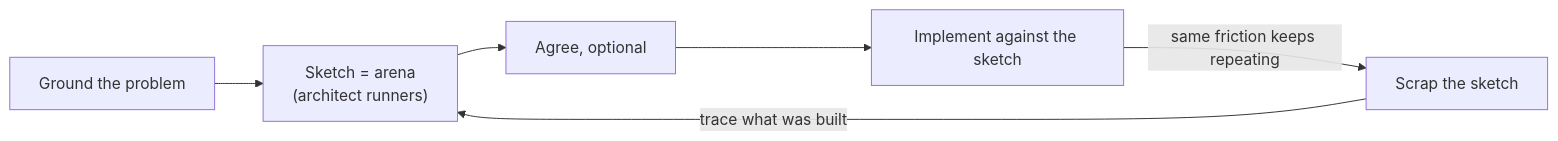
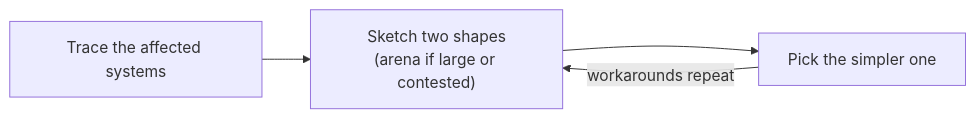
Before and after one commit to souljazzfunk/lab: the sixth of 12 diagrams in pstack-cc/docs/skill-map.en.md, drawn with Mermaid. The commit also changed other lines of this file and 140 other files, not shown here.

First line of the commit message:
pstack: 上流 3fa33bb に追従し、reflect・architect・multi-phase-plan の簡素化と新しい既定に合わせる (#84)

````diff
--- a/pstack-cc/docs/skill-map.en.md
+++ b/pstack-cc/docs/skill-map.en.md
@@ -136,8 +136,6 @@
 ```mermaid
 flowchart LR
-  A[Ground the problem] --> B["Sketch = arena<br/>(architect runners)"]
-  B --> C[Agree, optional]
-  C --> D[Implement against the sketch]
-  D -->|same friction keeps repeating| E[Scrap the sketch]
-  E -->|trace what was built| B
+  A[Trace the affected systems] --> B["Sketch two shapes<br/>(arena if large or contested)"]
+  B --> C[Pick the simpler one]
+  C -->|workarounds repeat| B
 ```
````
